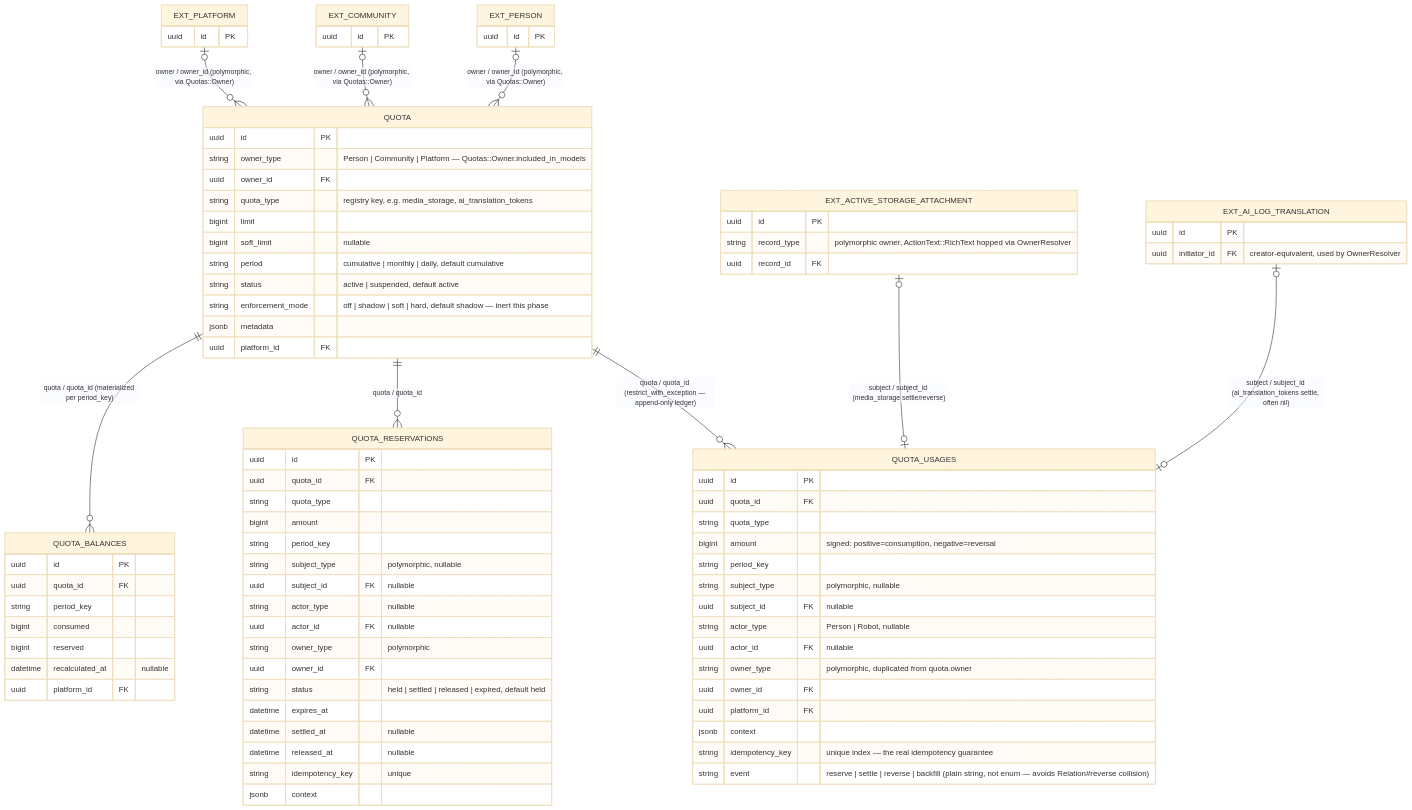
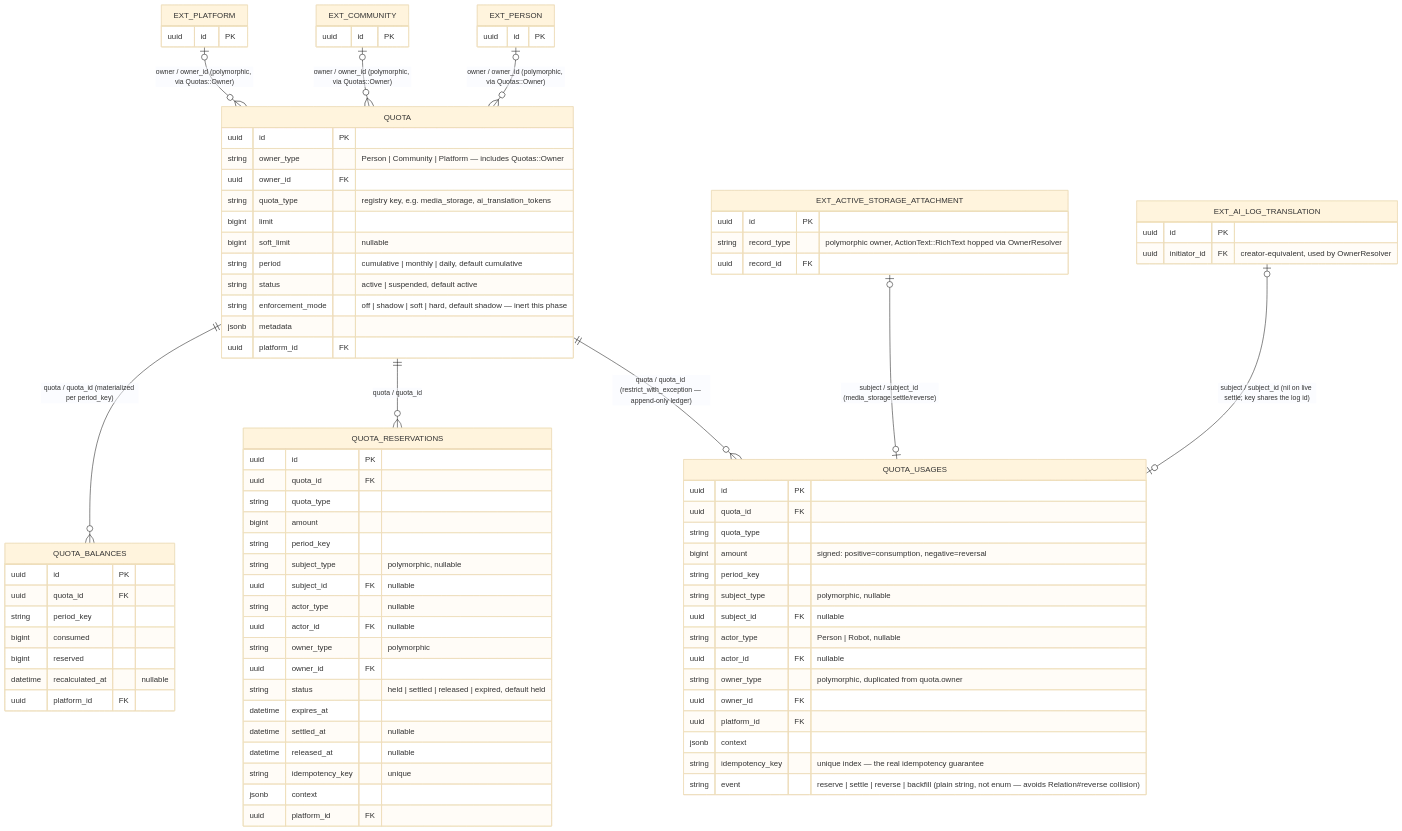
Before and after one commit to better-together-org/community-engine-rails: the diagram in docs/diagrams/source/quota_framework_schema_erd.mmd, drawn with Mermaid (base theme). The commit also changed 35 other files, not shown here.

```diff
--- a/docs/diagrams/source/quota_framework_schema_erd.mmd
+++ b/docs/diagrams/source/quota_framework_schema_erd.mmd
@@ -1,98 +1,99 @@
 %% Quota Framework, Phase 5a (shadow mode) — entity/schema view. Table name is singular
 %% "better_together_quota" (not "quotas"): ActiveSupport's pluralize is a no-op for "quota" in
 %% this app, verified consistent across Inflector and ActiveRecord::Base.table_name, so the
 %% table/migration/model embrace that instead of forcing an override.
 erDiagram
   EXT_PERSON o|--o{ QUOTA : "owner / owner_id (polymorphic, via Quotas::Owner)"
   EXT_COMMUNITY o|--o{ QUOTA : "owner / owner_id (polymorphic, via Quotas::Owner)"
   EXT_PLATFORM o|--o{ QUOTA : "owner / owner_id (polymorphic, via Quotas::Owner)"
   QUOTA ||--o{ QUOTA_USAGES : "quota / quota_id (restrict_with_exception — append-only ledger)"
   QUOTA ||--o{ QUOTA_RESERVATIONS : "quota / quota_id"
   QUOTA ||--o{ QUOTA_BALANCES : "quota / quota_id (materialized per period_key)"
   EXT_ACTIVE_STORAGE_ATTACHMENT o|--o| QUOTA_USAGES : "subject / subject_id (media_storage settle/reverse)"
-  EXT_AI_LOG_TRANSLATION o|--o| QUOTA_USAGES : "subject / subject_id (ai_translation_tokens settle, often nil)"
+  EXT_AI_LOG_TRANSLATION o|--o| QUOTA_USAGES : "subject / subject_id (nil on live settle; key shares the log id)"
 
   QUOTA {
     uuid id PK
-    string owner_type "Person | Community | Platform — Quotas::Owner.included_in_models"
+    string owner_type "Person | Community | Platform — includes Quotas::Owner"
     uuid owner_id FK
     string quota_type "registry key, e.g. media_storage, ai_translation_tokens"
     bigint limit
     bigint soft_limit "nullable"
     string period "cumulative | monthly | daily, default cumulative"
     string status "active | suspended, default active"
     string enforcement_mode "off | shadow | soft | hard, default shadow — inert this phase"
     jsonb metadata
     uuid platform_id FK
   }
 
   QUOTA_USAGES {
     uuid id PK
     uuid quota_id FK
     string quota_type
     bigint amount "signed: positive=consumption, negative=reversal"
     string period_key
     string subject_type "polymorphic, nullable"
     uuid subject_id FK "nullable"
     string actor_type "Person | Robot, nullable"
     uuid actor_id FK "nullable"
     string owner_type "polymorphic, duplicated from quota.owner"
     uuid owner_id FK
     uuid platform_id FK
     jsonb context
     string idempotency_key "unique index — the real idempotency guarantee"
     string event "reserve | settle | reverse | backfill (plain string, not enum — avoids Relation#reverse collision)"
   }
 
   QUOTA_RESERVATIONS {
     uuid id PK
     uuid quota_id FK
     string quota_type
     bigint amount
     string period_key
     string subject_type "polymorphic, nullable"
     uuid subject_id FK "nullable"
     string actor_type "nullable"
     uuid actor_id FK "nullable"
     string owner_type "polymorphic"
     uuid owner_id FK
     string status "held | settled | released | expired, default held"
     datetime expires_at
     datetime settled_at "nullable"
     datetime released_at "nullable"
     string idempotency_key "unique"
     jsonb context
+    uuid platform_id FK
   }
 
   QUOTA_BALANCES {
     uuid id PK
     uuid quota_id FK
     string period_key
     bigint consumed
     bigint reserved
     datetime recalculated_at "nullable"
     uuid platform_id FK
   }
 
   EXT_PERSON {
     uuid id PK
   }
 
   EXT_COMMUNITY {
     uuid id PK
   }
 
   EXT_PLATFORM {
     uuid id PK
   }
 
   EXT_ACTIVE_STORAGE_ATTACHMENT {
     uuid id PK
     string record_type "polymorphic owner, ActionText::RichText hopped via OwnerResolver"
     uuid record_id FK
   }
 
   EXT_AI_LOG_TRANSLATION {
     uuid id PK
     uuid initiator_id FK "creator-equivalent, used by OwnerResolver"
   }
```
